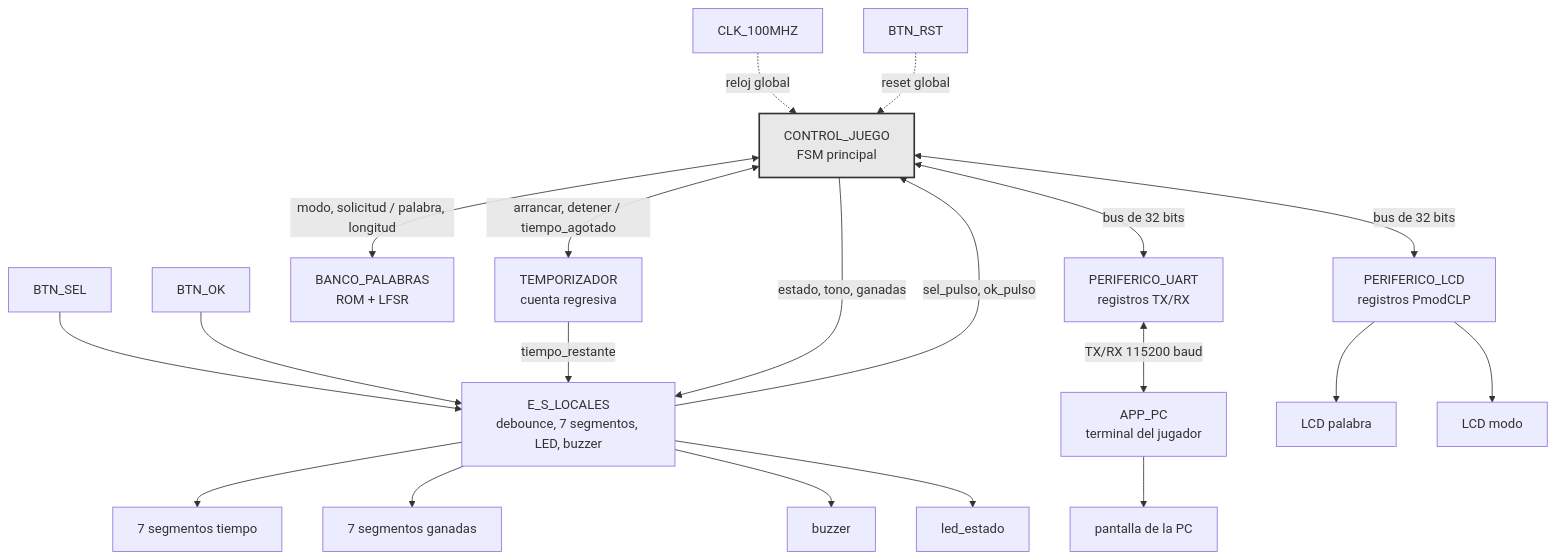
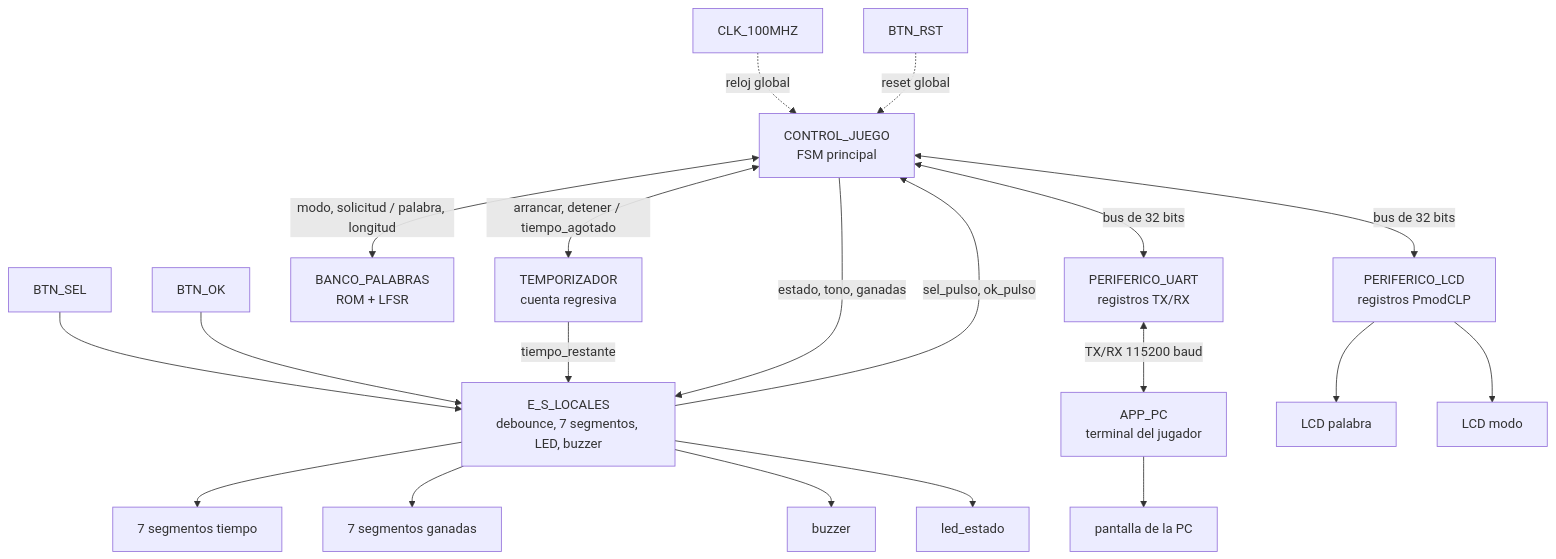
One commit to Taller-de-diseno-digital-GR01/Proyecto-2-Ahorcado changed the diagram in docs/diseño/diagramas/nivel02.md. Above: the diagram before and after it, drawn with Mermaid. The commit also changed other lines of this file, not shown here.

````diff
--- a/docs/diseño/diagramas/nivel02.md
+++ b/docs/diseño/diagramas/nivel02.md
@@ -5,33 +5,31 @@
 ```mermaid
 flowchart TD
     CLK_100MHZ[CLK_100MHZ] -.reloj global.-> CJ
     BTN_RST[BTN_RST] -.reset global.-> CJ
 
     BTN_SEL[BTN_SEL] --> ESL
     BTN_OK[BTN_OK] --> ESL
 
     ESL["E_S_LOCALES<br/>debounce, 7 segmentos, LED, buzzer"]
     ESL -->|sel_pulso, ok_pulso| CJ
 
     CJ["CONTROL_JUEGO<br/>FSM principal"]
 
     CJ <-->|modo, solicitud / palabra, longitud| BP["BANCO_PALABRAS<br/>ROM + LFSR"]
     CJ <-->|arrancar, detener / tiempo_agotado| TMP["TEMPORIZADOR<br/>cuenta regresiva"]
     TMP -->|tiempo_restante| ESL
     CJ -->|estado, tono, ganadas| ESL
 
     CJ <-->|bus de 32 bits| PLCD["PERIFERICO_LCD<br/>registros PmodCLP"]
     CJ <-->|bus de 32 bits| PUART["PERIFERICO_UART<br/>registros TX/RX"]
 
     PUART <-->|TX/RX 115200 baud| PC["APP_PC<br/>terminal del jugador"]
 
     PLCD --> lcd_palabra["LCD palabra"]
     PLCD --> lcd_modo["LCD modo"]
     ESL --> t7seg["7 segmentos tiempo"]
     ESL --> g7seg["7 segmentos ganadas"]
     ESL --> buzzer[buzzer]
     ESL --> led[led_estado]
     PC --> pantalla["pantalla de la PC"]
-
-    style CJ fill:#e8e8e8,stroke:#333,stroke-width:2px
 ```
````
